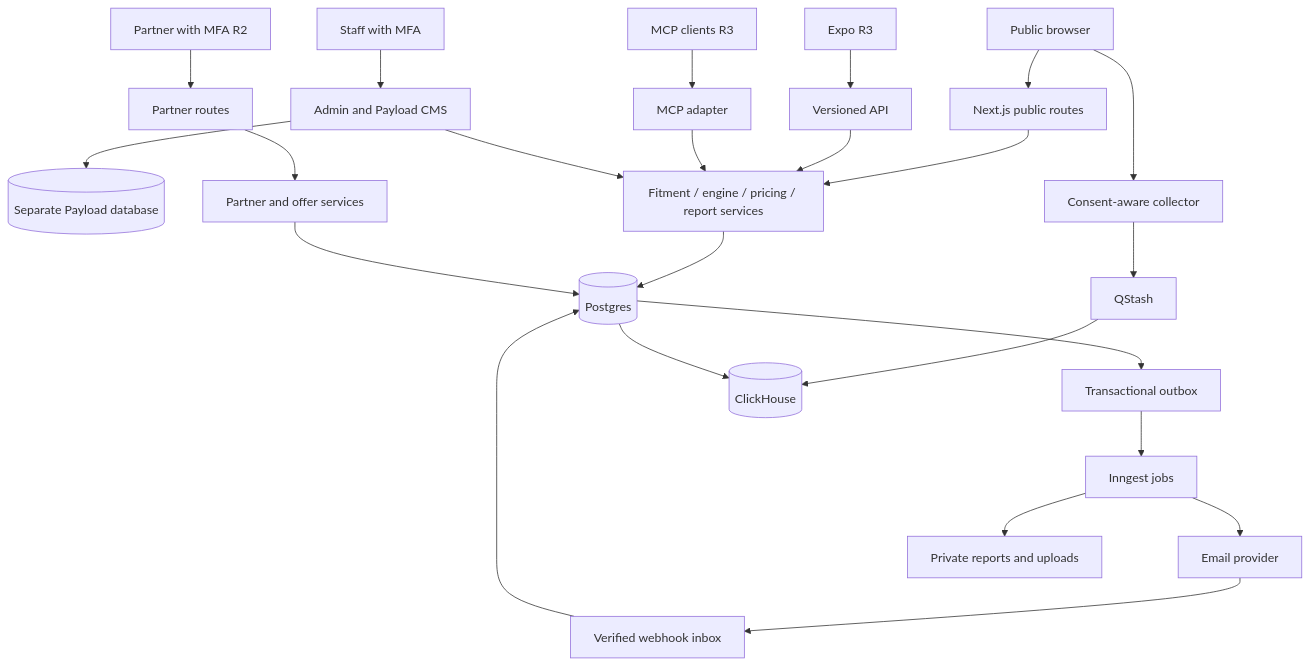
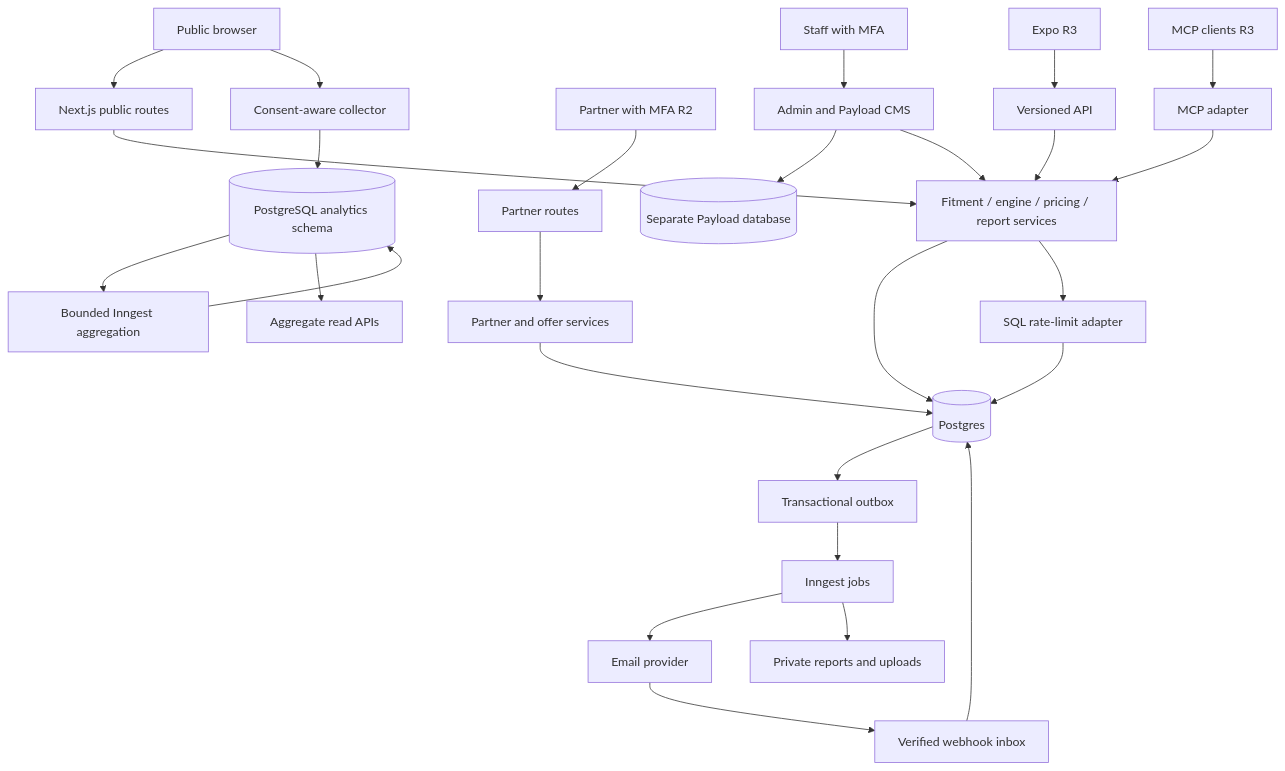
Before and after one commit to xmyqyl4x/tiresandtreads: the first of 2 diagrams in docs/02-technical-architecture.md, drawn with Mermaid. The commit also changed other lines of this file and 15 other files, not shown here.

Commit message:
docs: sequence backend foundations and consolidate storage on PostgreSQL

````diff
--- a/docs/02-technical-architecture.md
+++ b/docs/02-technical-architecture.md
@@ -46,26 +48,29 @@
 ```mermaid
 flowchart TB
   Browser[Public browser] --> Web[Next.js public routes]
   Staff[Staff with MFA] --> Admin[Admin and Payload CMS]
   Admin --> CMS[(Separate Payload database)]
   Partner[Partner with MFA R2] --> Portal[Partner routes]
   Mobile[Expo R3] --> API[Versioned API]
   MCP[MCP clients R3] --> Tools[MCP adapter]
   Web --> Domain[Fitment / engine / pricing / report services]
   API --> Domain
   Tools --> Domain
   Admin --> Domain
   Portal --> Offers[Partner and offer services]
   Domain --> PG[(Postgres)]
   Offers --> PG
   PG --> Outbox[Transactional outbox]
   Outbox --> Jobs[Inngest jobs]
   Jobs --> ESP[Email provider]
   Jobs --> Objects[Private reports and uploads]
   ESP --> Hooks[Verified webhook inbox]
   Hooks --> PG
   Browser --> Collector[Consent-aware collector]
-  Collector --> Buffer[QStash]
-  Buffer --> CH[(ClickHouse)]
-  PG --> CH
+  Collector --> Analytics[(PostgreSQL analytics schema)]
+  Analytics --> Aggregate[Bounded Inngest aggregation]
+  Aggregate --> Analytics
+  Analytics --> Metrics[Aggregate read APIs]
+  Domain --> Limits[SQL rate-limit adapter]
+  Limits --> PG
 ```
````
